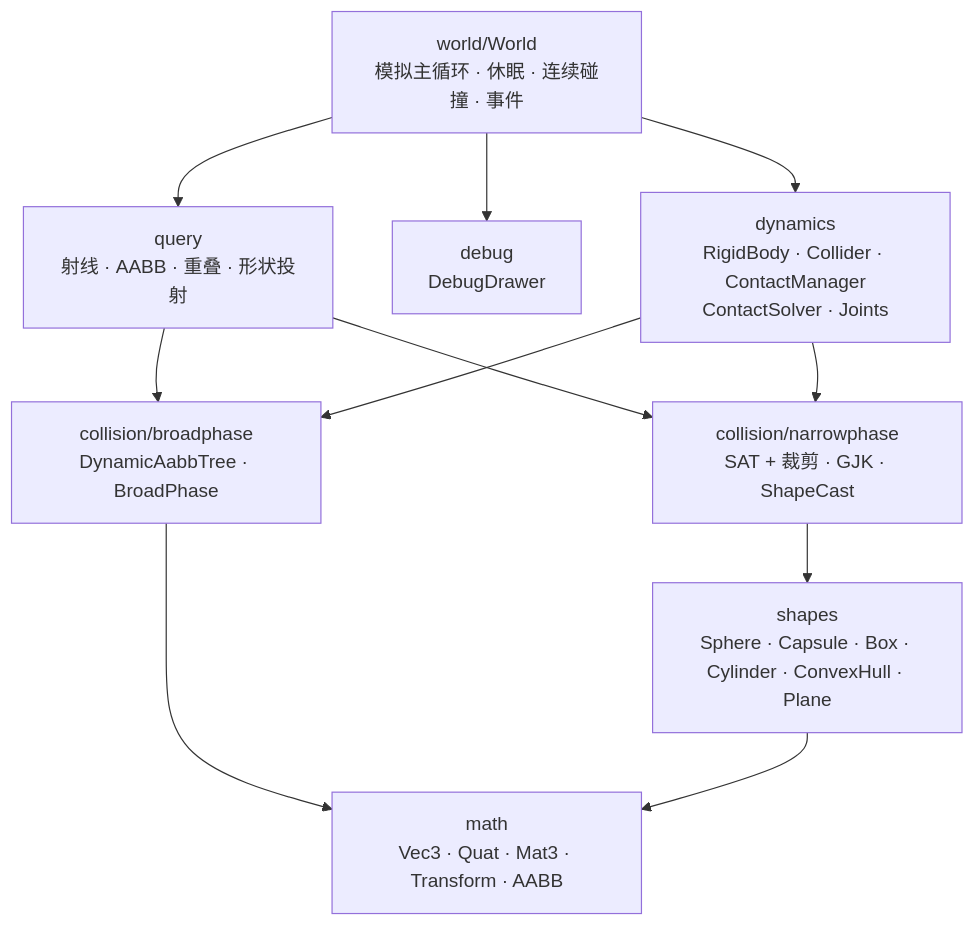
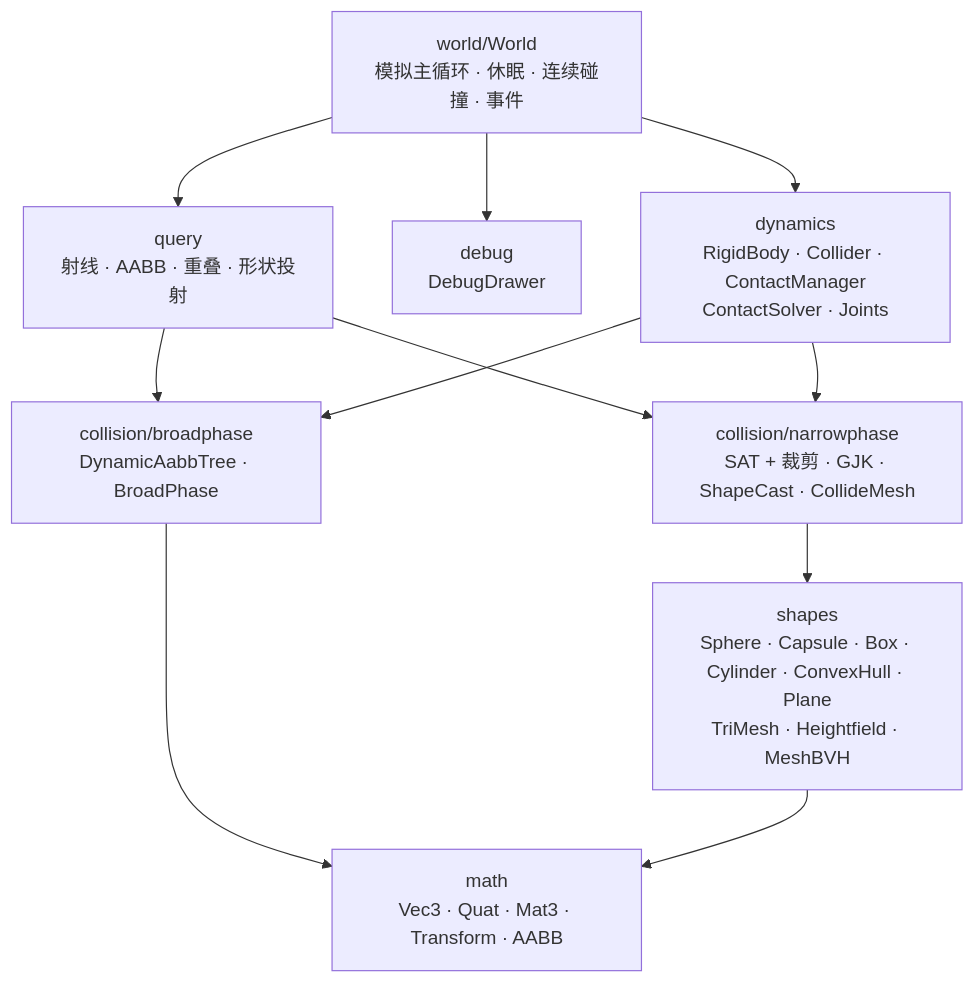
One commit to ske1huange/thunder-web-game-engine changed the first of 3 diagrams in docs/architecture.md. Above: the diagram before and after it, drawn with Mermaid. The commit also changed other lines of this file and 29 other files, not shown here.

````diff
--- a/docs/architecture.md
+++ b/docs/architecture.md
@@ -5,21 +5,21 @@
 ```mermaid
 flowchart TB
   world[world/World<br/>模拟主循环 · 休眠 · 连续碰撞 · 事件]
   query[query<br/>射线 · AABB · 重叠 · 形状投射]
   debug[debug<br/>DebugDrawer]
   dynamics[dynamics<br/>RigidBody · Collider · ContactManager<br/>ContactSolver · Joints]
-  narrow[collision/narrowphase<br/>SAT + 裁剪 · GJK · ShapeCast]
+  narrow[collision/narrowphase<br/>SAT + 裁剪 · GJK · ShapeCast · CollideMesh]
   broad[collision/broadphase<br/>DynamicAabbTree · BroadPhase]
-  shapes[shapes<br/>Sphere · Capsule · Box · Cylinder · ConvexHull · Plane]
+  shapes[shapes<br/>Sphere · Capsule · Box · Cylinder · ConvexHull · Plane<br/>TriMesh · Heightfield · MeshBVH]
   math[math<br/>Vec3 · Quat · Mat3 · Transform · AABB]
   world --> dynamics
   world --> query
   world --> debug
   query --> narrow
   query --> broad
   dynamics --> narrow
   dynamics --> broad
   narrow --> shapes
   broad --> math
   shapes --> math
 ```
````
